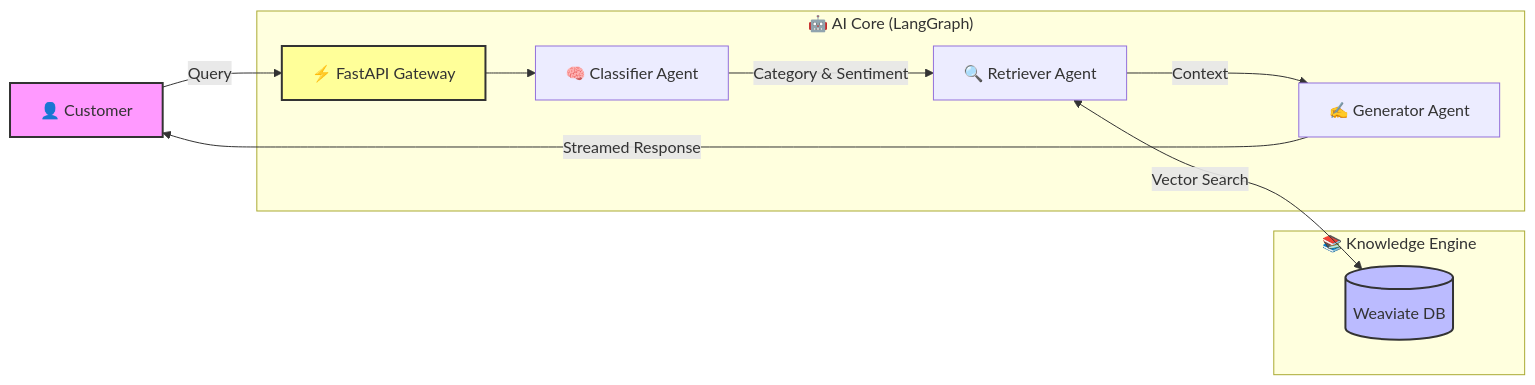
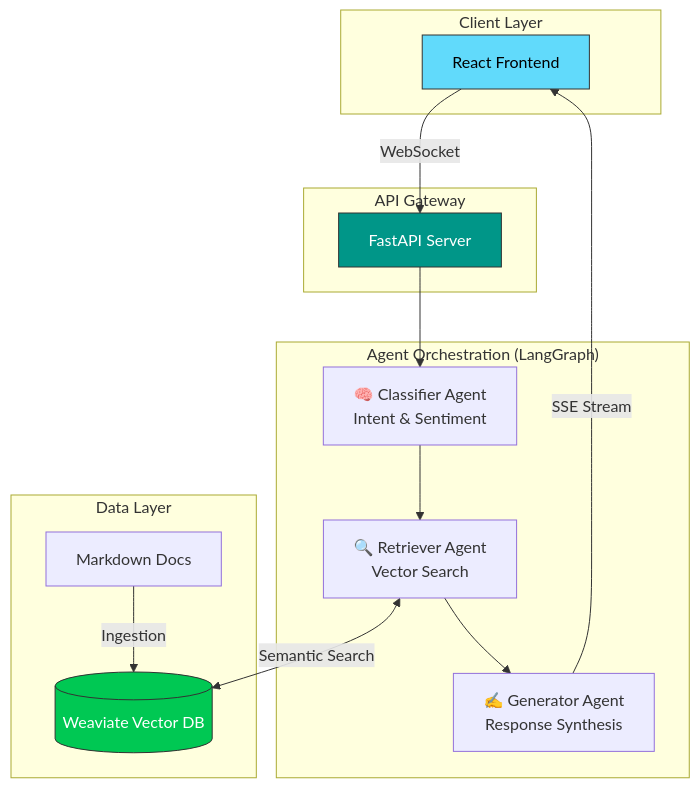
Before and after one commit to Tomadm21/Rag-Support-Agent: the first of 2 diagrams in README.md, drawn with Mermaid. The commit also changed other lines of this file, not shown here.

````diff
--- a/README.md
+++ b/README.md
@@ -31,20 +52,33 @@
 ```mermaid
-graph LR
-    User[👤 Customer] -->|Query| API[⚡ FastAPI Gateway]
-    
-    subgraph "🤖 AI Core (LangGraph)"
-        API --> Classify[🧠 Classifier Agent]
-        Classify -->|Category & Sentiment| Retrieve[🔍 Retriever Agent]
-        Retrieve -->|Context| Generate[✍️ Generator Agent]
+graph TB
+    subgraph "Client Layer"
+        UI[React Frontend]
     end
-    
-    subgraph "📚 Knowledge Engine"
-        Retrieve <-->|Vector Search| DB[(Weaviate DB)]
+
+    subgraph "API Gateway"
+        FastAPI[FastAPI Server]
     end
-    
-    Generate -->|Streamed Response| User
-    
-    style User fill:#f9f,stroke:#333,stroke-width:2px
-    style API fill:#ff9,stroke:#333,stroke-width:2px
-    style DB fill:#bbf,stroke:#333,stroke-width:2px
+
+    subgraph "Agent Orchestration (LangGraph)"
+        Classifier[🧠 Classifier Agent<br/>Intent & Sentiment]
+        Retriever[🔍 Retriever Agent<br/>Vector Search]
+        Generator[✍️ Generator Agent<br/>Response Synthesis]
+    end
+
+    subgraph "Data Layer"
+        Weaviate[(Weaviate Vector DB)]
+        Docs[Markdown Docs]
+    end
+
+    UI -->|WebSocket| FastAPI
+    FastAPI --> Classifier
+    Classifier --> Retriever
+    Retriever <-->|Semantic Search| Weaviate
+    Retriever --> Generator
+    Generator -->|SSE Stream| UI
+    Docs -->|Ingestion| Weaviate
+
+    style UI fill:#61DAFB,stroke:#333,color:#000
+    style FastAPI fill:#009688,stroke:#333,color:#fff
+    style Weaviate fill:#00C853,stroke:#333,color:#fff
 ```
````
